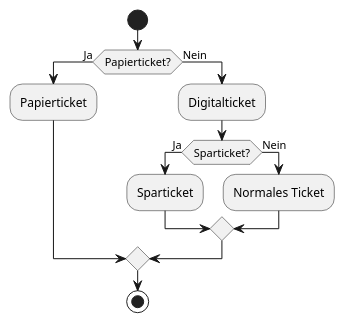
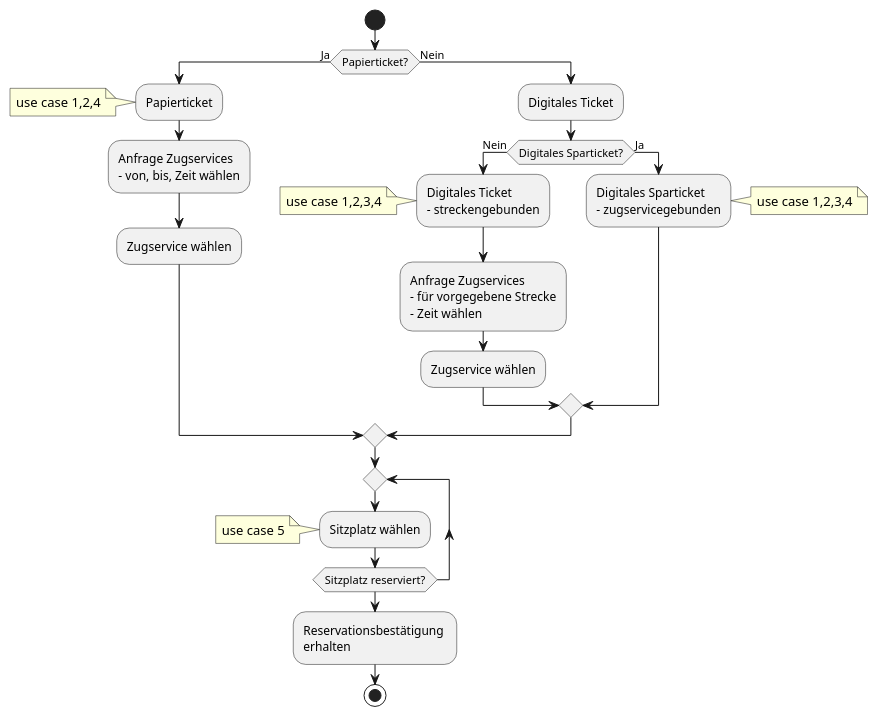
One commit to yaroth/bls changed the diagram in Projekt1/3 use case GUIs/reservation.puml. Above: the diagram before and after it, drawn with PlantUML.

Commit message:
finalizes plantUML Reservationsablauf

```diff
--- a/Projekt1/3 use case GUIs/reservation.puml
+++ b/Projekt1/3 use case GUIs/reservation.puml
@@ -1,15 +1,39 @@
 @startuml
-|Swimlane1|
 start
 if (Papierticket?) then (Ja)
   :Papierticket;
+  note left
+    use case 1,2,4
+  end note
+  :Anfrage Zugservices
+  - von, bis, Zeit wählen;
+  :Zugservice wählen;
 else (Nein)
-  :Digitalticket;
-  if (Sparticket?) then (Ja)
-     :Sparticket;
-   else (Nein)
-     :Normales Ticket;
+  :Digitales Ticket;
+  if (Digitales Sparticket?) then (Nein)
+     :Digitales Ticket
+     - streckengebunden;
+     note left
+       use case 1,2,3,4
+     end note
+     :Anfrage Zugservices
+     - für vorgegebene Strecke
+     - Zeit wählen;
+     :Zugservice wählen;
+   else (Ja)
+     :Digitales Sparticket
+     - zugservicegebunden;
+     note right
+        use case 1,2,3,4
+     end note
    endif
 endif
+repeat
+    :Sitzplatz wählen;
+    note left
+        use case 5
+    end note
+repeat while (Sitzplatz reserviert?)
+:Reservationsbestätigung \nerhalten;
 stop
 @enduml
```
